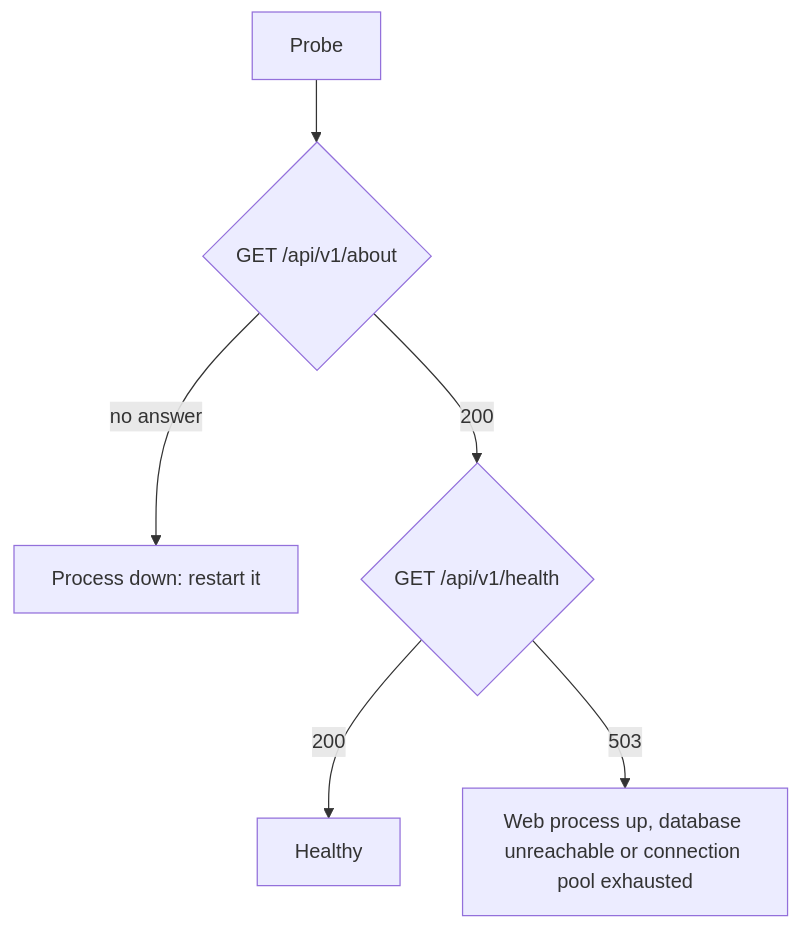
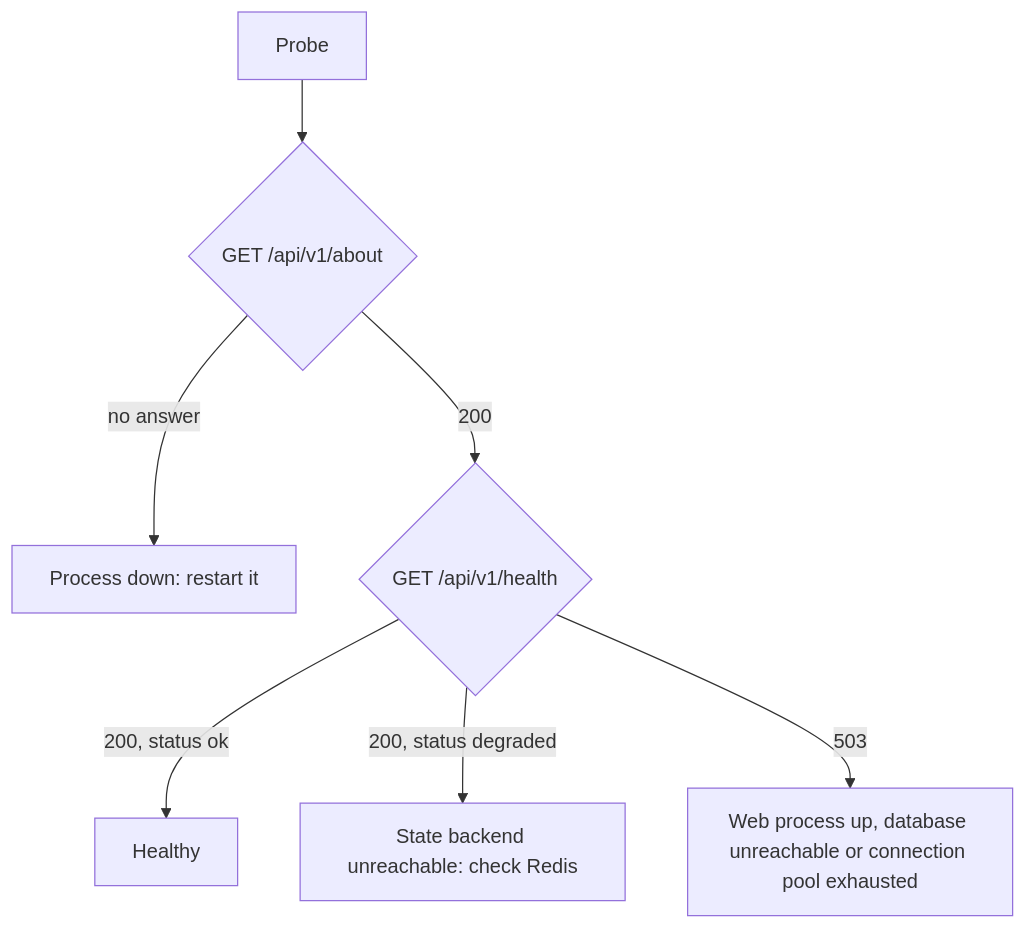
One commit to alecc08/endurain changed the diagram in docs/getting-started/monitoring.md. Above: the diagram before and after it, drawn with Mermaid. The commit also changed other lines of this file and 7 other files, not shown here.

Commit message:
feat(health): enhance health endpoint to report shared state backend status and improve logging

````diff
--- a/docs/getting-started/monitoring.md
+++ b/docs/getting-started/monitoring.md
@@ -16,8 +18,9 @@
 ```mermaid
 flowchart TD
     P[Probe] --> A{GET /api/v1/about}
     A -- no answer --> D[Process down: restart it]
     A -- 200 --> H{GET /api/v1/health}
-    H -- 200 --> OK[Healthy]
+    H -- 200, status ok --> OK[Healthy]
+    H -- 200, status degraded --> R[State backend unreachable: check Redis]
     H -- 503 --> W[Web process up, database unreachable or connection pool exhausted]
 ```
````
